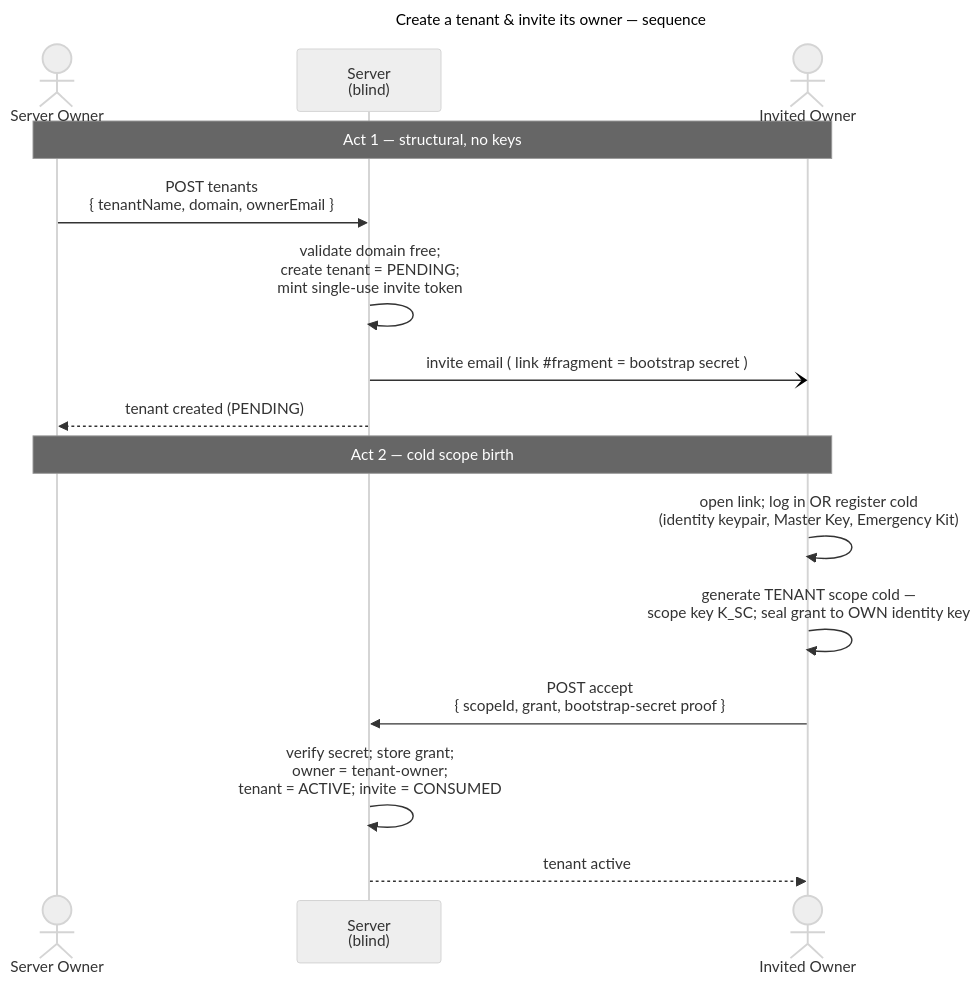
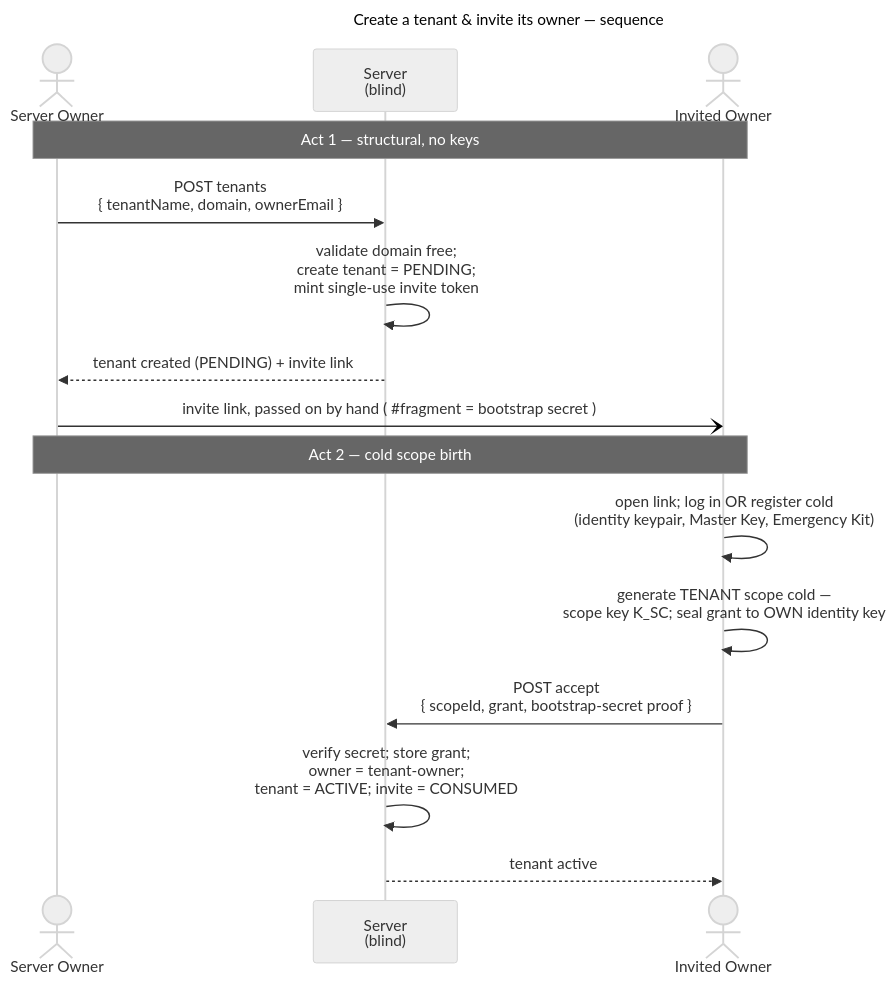
Before and after one commit to raddatzk/veyq: the first of 2 diagrams in docs/features/admin/use-cases/uc.admin.create-tenant.md, drawn with Mermaid (neutral theme). The commit also changed other lines of this file and 12 other files, not shown here.

````diff
--- a/docs/features/admin/use-cases/uc.admin.create-tenant.md
+++ b/docs/features/admin/use-cases/uc.admin.create-tenant.md
@@ -48,20 +51,20 @@
 ```mermaid
 ---
 title: Create a tenant & invite its owner — sequence
 ---
 sequenceDiagram
   actor SO as Server Owner
   participant S as Server<br>(blind)
   actor IO as Invited Owner
   Note over SO,IO: Act 1 — structural, no keys
   SO->>S: POST tenants<br>{ tenantName, domain, ownerEmail }
   S->>S: validate domain free#59;<br>create tenant = PENDING#59;<br>mint single-use invite token
-  S-)IO: invite email ( link #35;fragment = bootstrap secret )
-  S-->>SO: tenant created (PENDING)
+  S-->>SO: tenant created (PENDING) + invite link
+  SO-)IO: invite link, passed on by hand ( #35;fragment = bootstrap secret )
   Note over SO,IO: Act 2 — cold scope birth
   IO->>IO: open link#59; log in OR register cold<br>(identity keypair, Master Key, Emergency Kit)
   IO->>IO: generate TENANT scope cold —<br>scope key K_SC#59; seal grant to OWN identity key
   IO->>S: POST accept<br>{ scopeId, grant, bootstrap-secret proof }
   S->>S: verify secret#59; store grant#59;<br>owner = tenant-owner#59;<br>tenant = ACTIVE#59; invite = CONSUMED
   S-->>IO: tenant active
 ```
````
